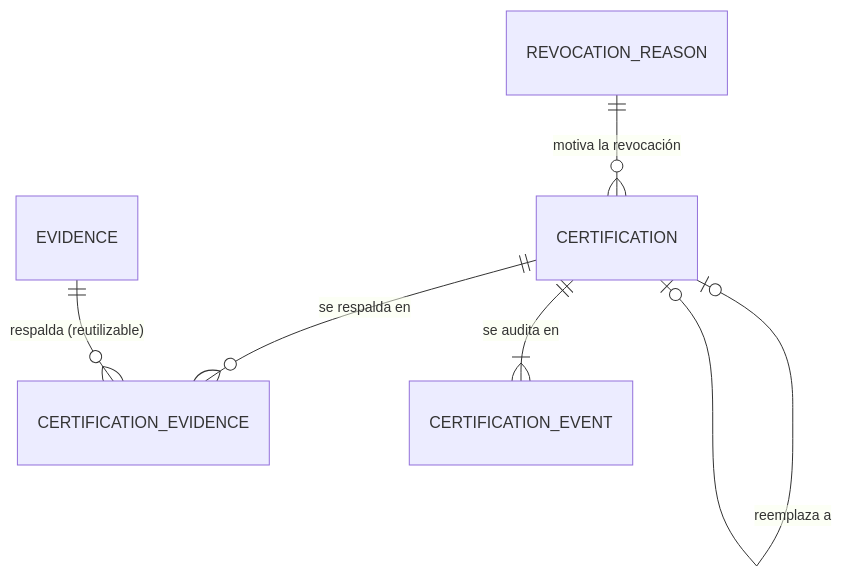
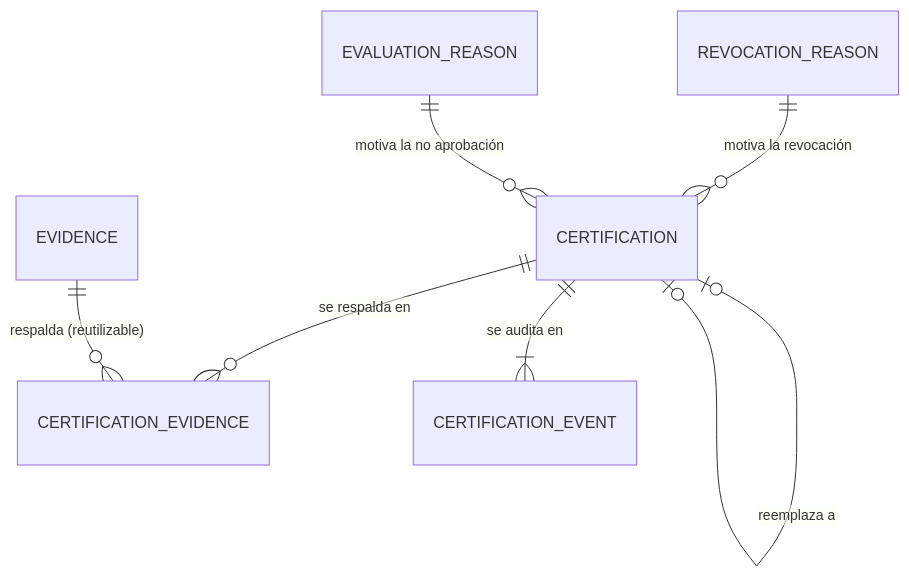
Before and after one commit to ianache/training-manager: the diagram in knowledge-base/architecture/data-model/LDM-003-modelo-de-datos-de-certificaciones.md, drawn with Mermaid. The commit also changed other lines of this file and 18 other files, not shown here.

````diff
--- a/knowledge-base/architecture/data-model/LDM-003-modelo-de-datos-de-certificaciones.md
+++ b/knowledge-base/architecture/data-model/LDM-003-modelo-de-datos-de-certificaciones.md
@@ -34,8 +34,9 @@
 ```mermaid
 erDiagram
     CERTIFICATION ||--o{ CERTIFICATION_EVIDENCE : "se respalda en"
     EVIDENCE ||--o{ CERTIFICATION_EVIDENCE : "respalda (reutilizable)"
     CERTIFICATION ||--|{ CERTIFICATION_EVENT : "se audita en"
     REVOCATION_REASON ||--o{ CERTIFICATION : "motiva la revocación"
+    EVALUATION_REASON ||--o{ CERTIFICATION : "motiva la no aprobación"
     CERTIFICATION |o--o| CERTIFICATION : "reemplaza a"
 ```
````
